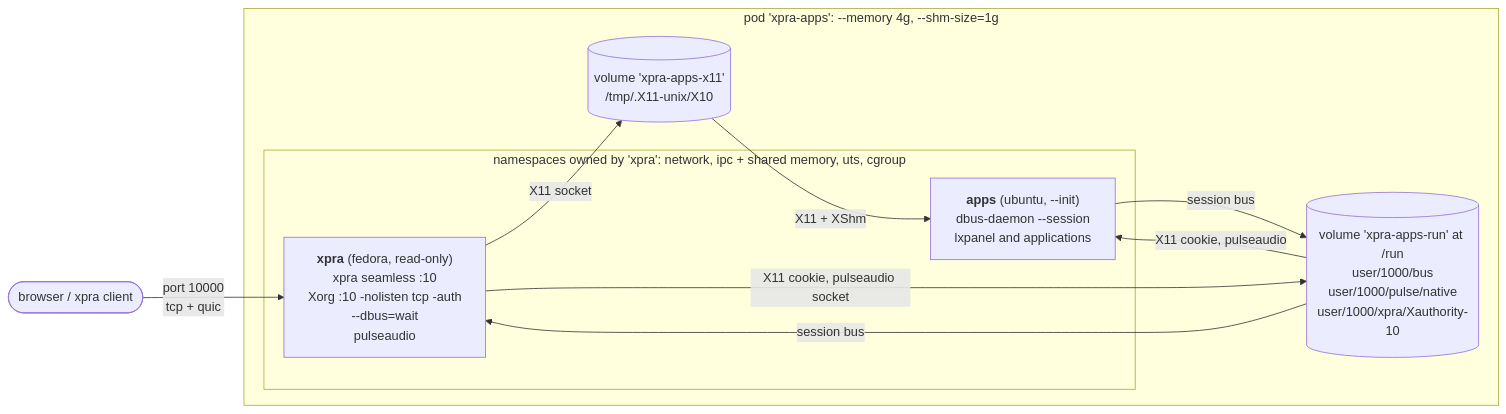
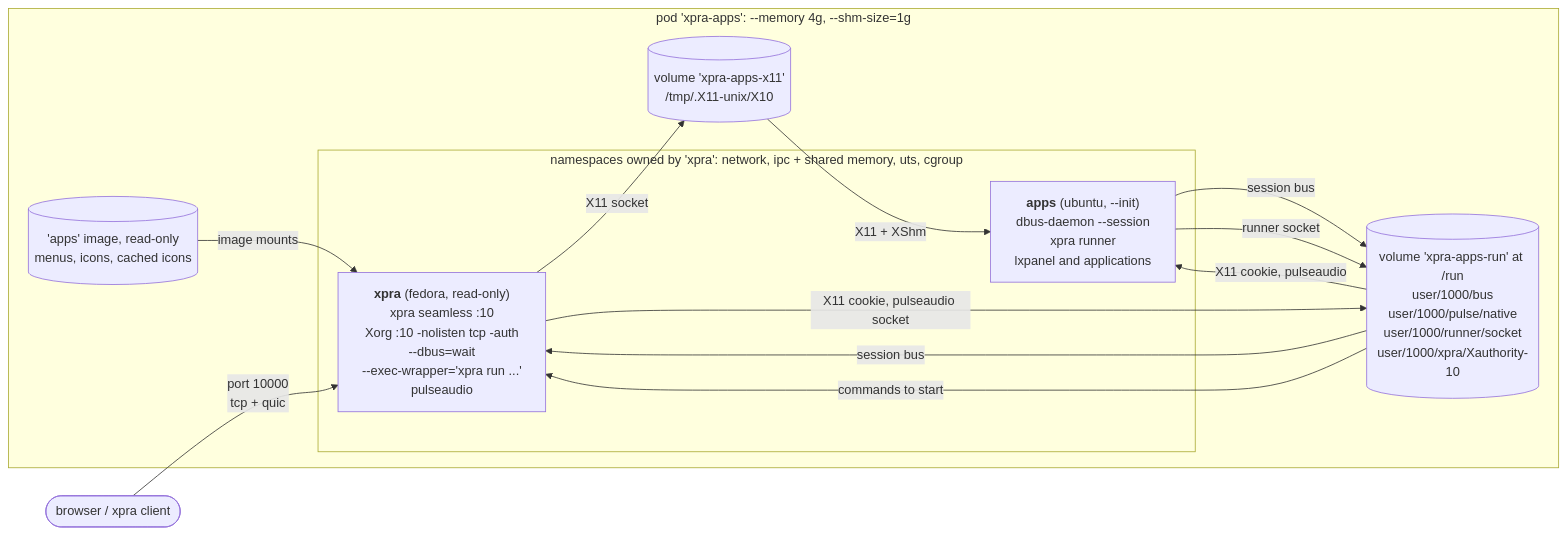
One commit to Xpra-org/xpra changed the first of 2 diagrams in packaging/containers/podman/xpra-apps/README.md. Above: the diagram before and after it, drawn with Mermaid. The commit also changed other lines of this file and 3 other files, not shown here.

Commit message:
podman pods: load the menus from the 'apps' image and start the applications there using the runner

````diff
--- a/packaging/containers/podman/xpra-apps/README.md
+++ b/packaging/containers/podman/xpra-apps/README.md
@@ -17,21 +17,25 @@
 ```mermaid
 flowchart LR
     client(["browser / xpra client"])
 
     subgraph pod["pod 'xpra-apps': --memory 4g, --shm-size=1g"]
         subgraph ns["namespaces owned by 'xpra': network, ipc + shared memory, uts, cgroup"]
-            xpra["<b>xpra</b> (fedora, read-only)<br/>xpra seamless :10<br/>Xorg :10 -nolisten tcp -auth<br/>--dbus=wait<br/>pulseaudio"]
-            apps["<b>apps</b> (ubuntu, --init)<br/>dbus-daemon --session<br/>lxpanel and applications"]
+            xpra["<b>xpra</b> (fedora, read-only)<br/>xpra seamless :10<br/>Xorg :10 -nolisten tcp -auth<br/>--dbus=wait<br/>--exec-wrapper='xpra run ...'<br/>pulseaudio"]
+            apps["<b>apps</b> (ubuntu, --init)<br/>dbus-daemon --session<br/>xpra runner<br/>lxpanel and applications"]
         end
+        menus[("'apps' image, read-only<br/>menus, icons, cached icons")]
         x11[("volume 'xpra-apps-x11'<br/>/tmp/.X11-unix/X10")]
-        run[("volume 'xpra-apps-run' at /run<br/>user/1000/bus<br/>user/1000/pulse/native<br/>user/1000/xpra/Xauthority-10")]
+        run[("volume 'xpra-apps-run' at /run<br/>user/1000/bus<br/>user/1000/pulse/native<br/>user/1000/runner/socket<br/>user/1000/xpra/Xauthority-10")]
     end
 
     client -- "port 10000<br/>tcp + quic" --> xpra
     xpra -- "X11 socket" --> x11
     xpra -- "X11 cookie, pulseaudio socket" --> run
     x11 -- "X11 + XShm" --> apps
     apps -- "session bus" --> run
     run -- "session bus" --> xpra
     run -- "X11 cookie, pulseaudio" --> apps
+    apps -- "runner socket" --> run
+    run -- "commands to start" --> xpra
+    menus -- "image mounts" --> xpra
 ```
````
